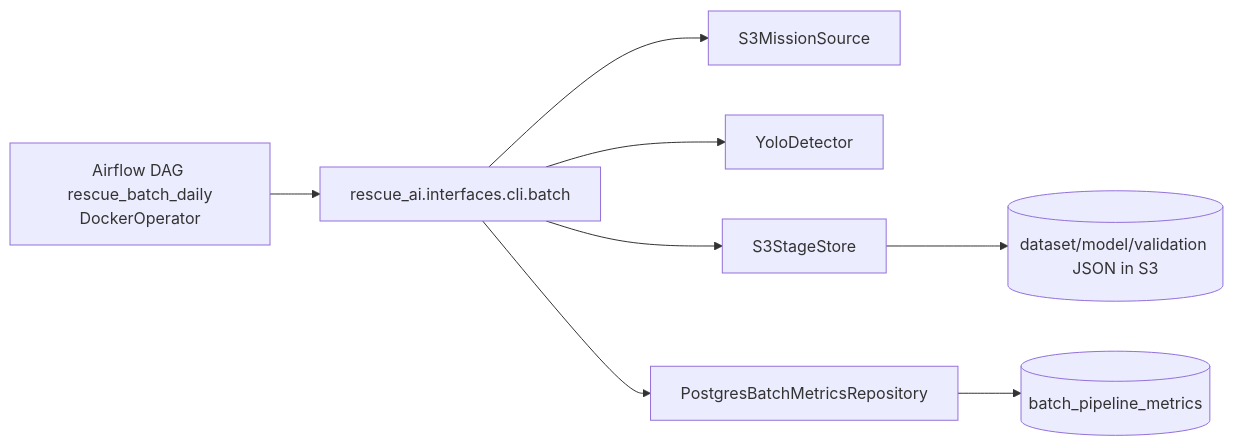
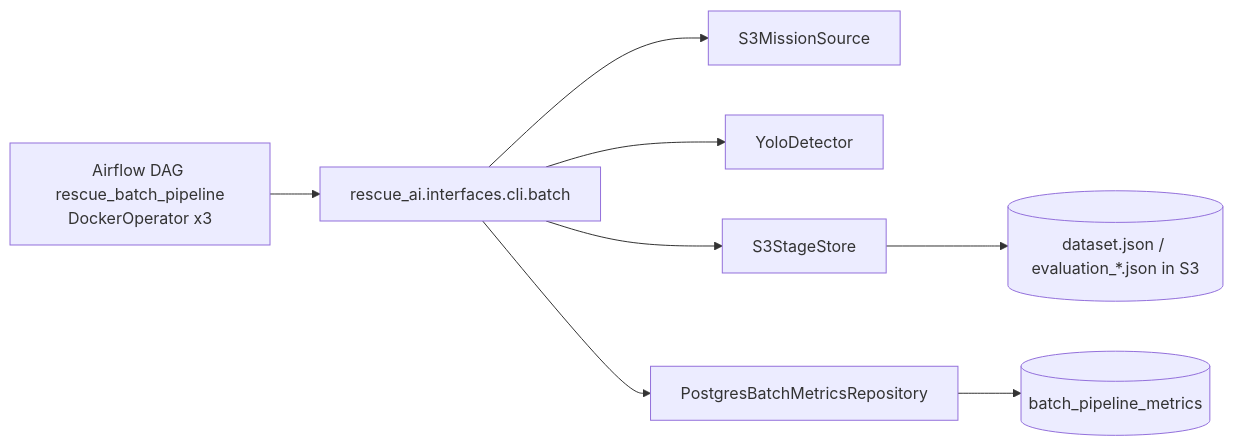
One commit to ykvnkm/Rescue-AI changed the diagram in docs/architecture/batch_contour.md. Above: the diagram before and after it, drawn with Mermaid. The commit also changed other lines of this file and 20 other files, not shown here.

Commit message:
Update batch pipeline, config, docs, and tests

````diff
--- a/docs/architecture/batch_contour.md
+++ b/docs/architecture/batch_contour.md
@@ -3,11 +3,11 @@
 ```mermaid
 flowchart LR
-  A[Airflow DAG rescue_batch_daily\nDockerOperator] --> B[rescue_ai.interfaces.cli.batch]
+  A[Airflow DAG rescue_batch_pipeline\nDockerOperator x3] --> B[rescue_ai.interfaces.cli.batch]
   B --> C[S3MissionSource]
   B --> D[YoloDetector]
   B --> E[S3StageStore]
   B --> F[PostgresBatchMetricsRepository]
 
-  E --> G[(dataset/model/validation JSON in S3)]
+  E --> G[(dataset.json / evaluation_*.json in S3)]
   F --> H[(batch_pipeline_metrics)]
 ```
````
